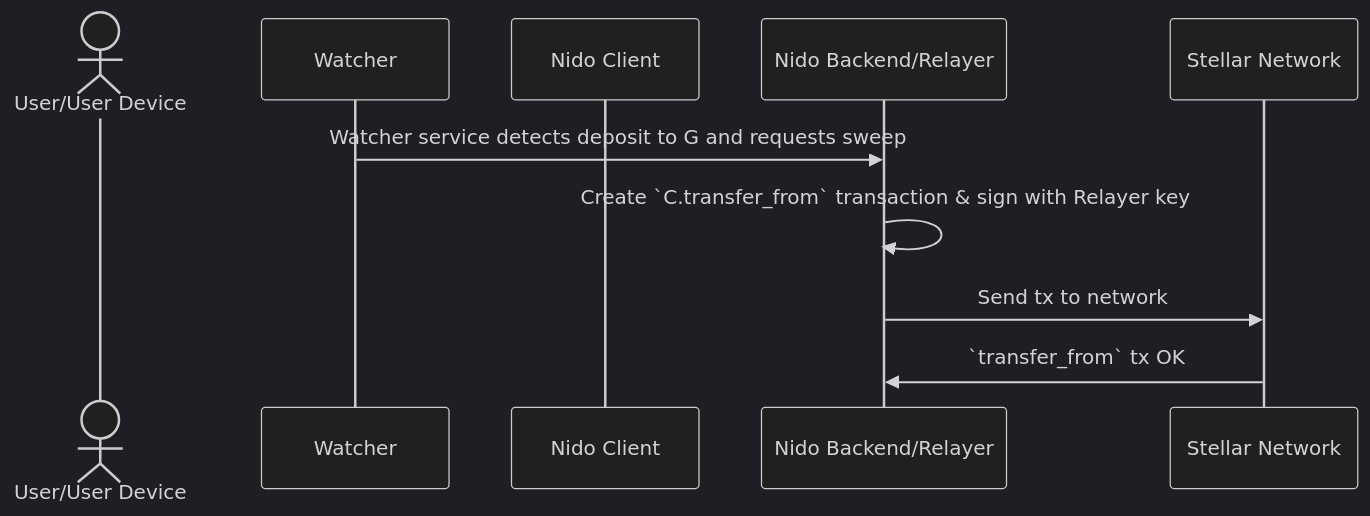
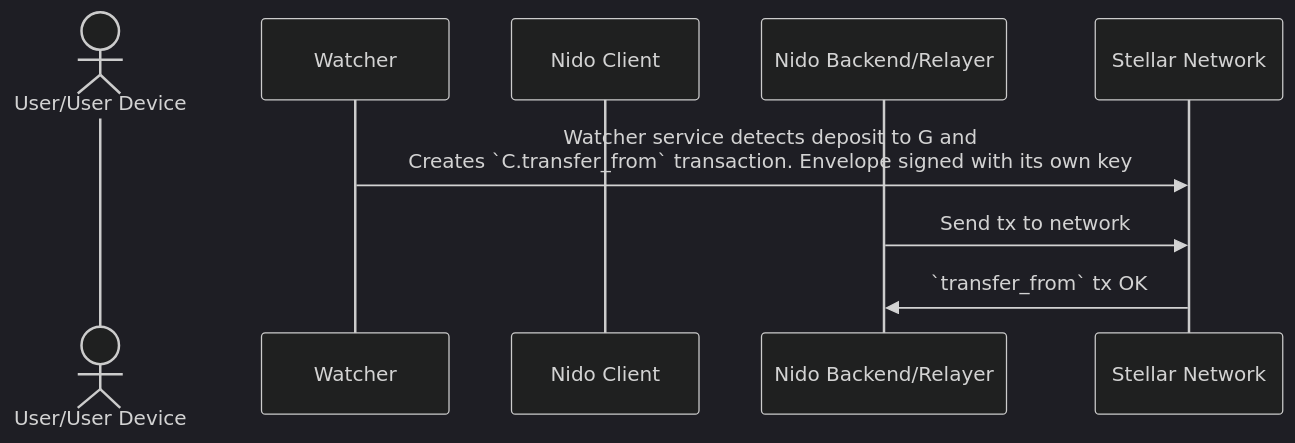
One commit to nidohq/nido changed the seventh of 8 diagrams in docs/superpowers/plans/2026-08-13-onboarding.md. Above: the diagram before and after it, drawn with Mermaid (dark theme). The commit also changed other lines of this file, not shown here.

Commit message:
Add answers to questions, clean up diagram

````diff
--- a/docs/superpowers/plans/2026-08-13-onboarding.md
+++ b/docs/superpowers/plans/2026-08-13-onboarding.md
@@ -479,13 +492,12 @@
 ```mermaid
 sequenceDiagram
     actor U as User/User Device
     participant W as Watcher
     participant C as Nido Client
     participant R as Nido Backend/Relayer
     participant S as Stellar Network
 
-    W->>R: Watcher service detects deposit to G and requests sweep 
-    R->>R: Create `C.transfer_from` transaction & sign with Relayer key
+    W->>S: Watcher service detects deposit to G and <br>Creates `C.transfer_from` transaction. Envelope signed with its own key
     R->>S: Send tx to network
-    S->>R:  `transfer_from` tx OK
+    S->>R: `transfer_from` tx OK
 ```
````
